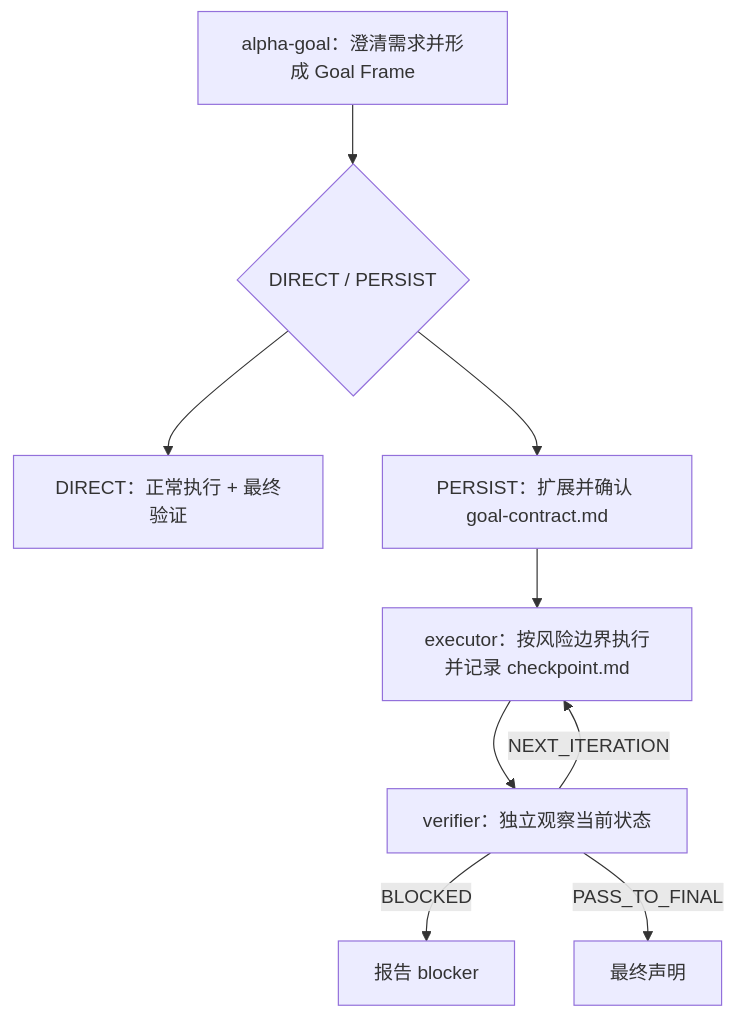
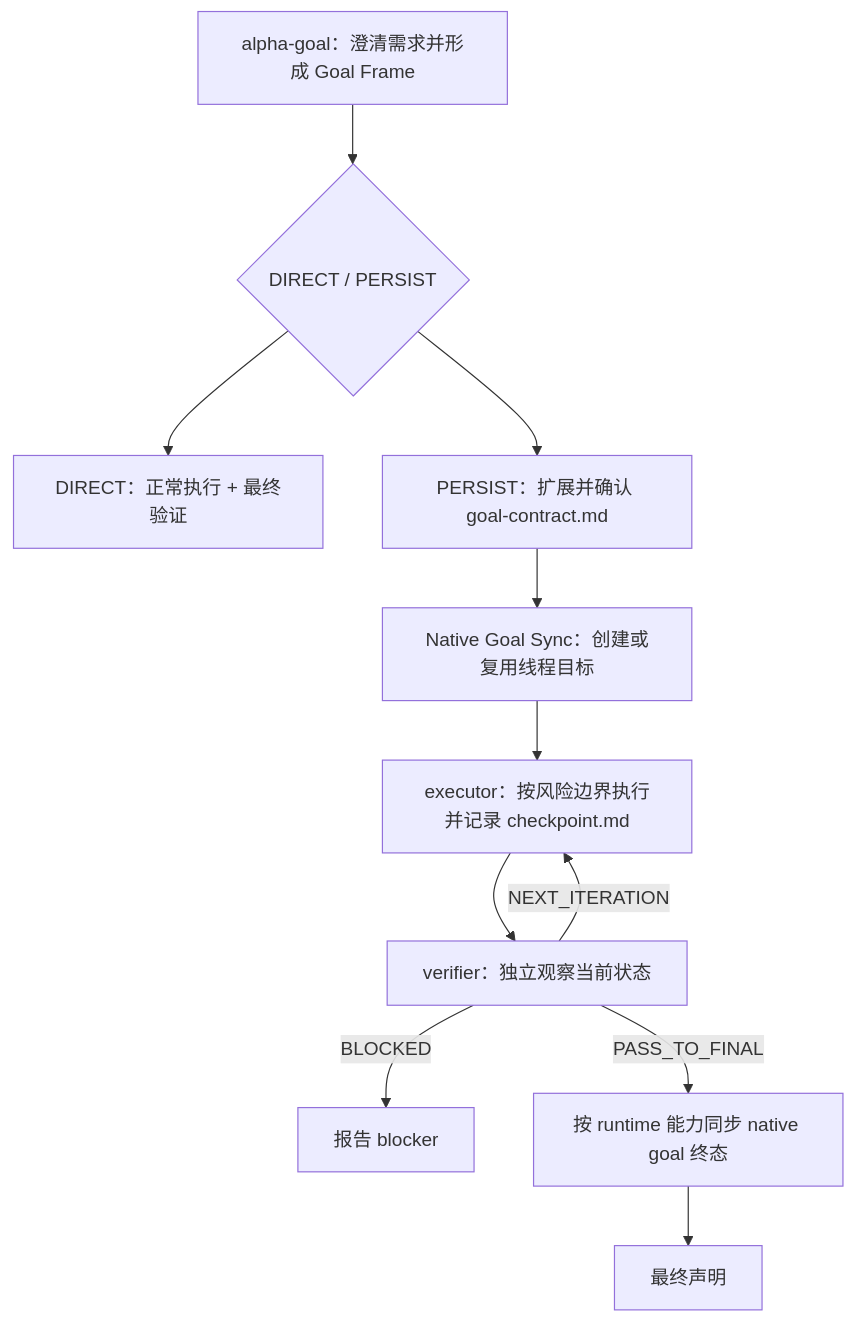
The diagram in README.md (azhonglee/alpha-goal), drawn with Mermaid before and after one commit. The commit also changed other lines of this file and 11 other files, not shown here.

Commit message:
Restore native goal synchronization

````diff
--- a/README.md
+++ b/README.md
@@ -42,11 +42,13 @@
 ```mermaid
 flowchart TD
   A["alpha-goal：澄清需求并形成 Goal Frame"] --> R{"DIRECT / PERSIST"}
   R --> D["DIRECT：正常执行 + 最终验证"]
   R --> P["PERSIST：扩展并确认 goal-contract.md"]
-  P --> E["executor：按风险边界执行并记录 checkpoint.md"]
+  P --> S["Native Goal Sync：创建或复用线程目标"]
+  S --> E["executor：按风险边界执行并记录 checkpoint.md"]
   E --> V["verifier：独立观察当前状态"]
   V -->|"NEXT_ITERATION"| E
   V -->|"BLOCKED"| B["报告 blocker"]
-  V -->|"PASS_TO_FINAL"| F["最终声明"]
+  V -->|"PASS_TO_FINAL"| C["按 runtime 能力同步 native goal 终态"]
+  C --> F["最终声明"]
 ```
````
